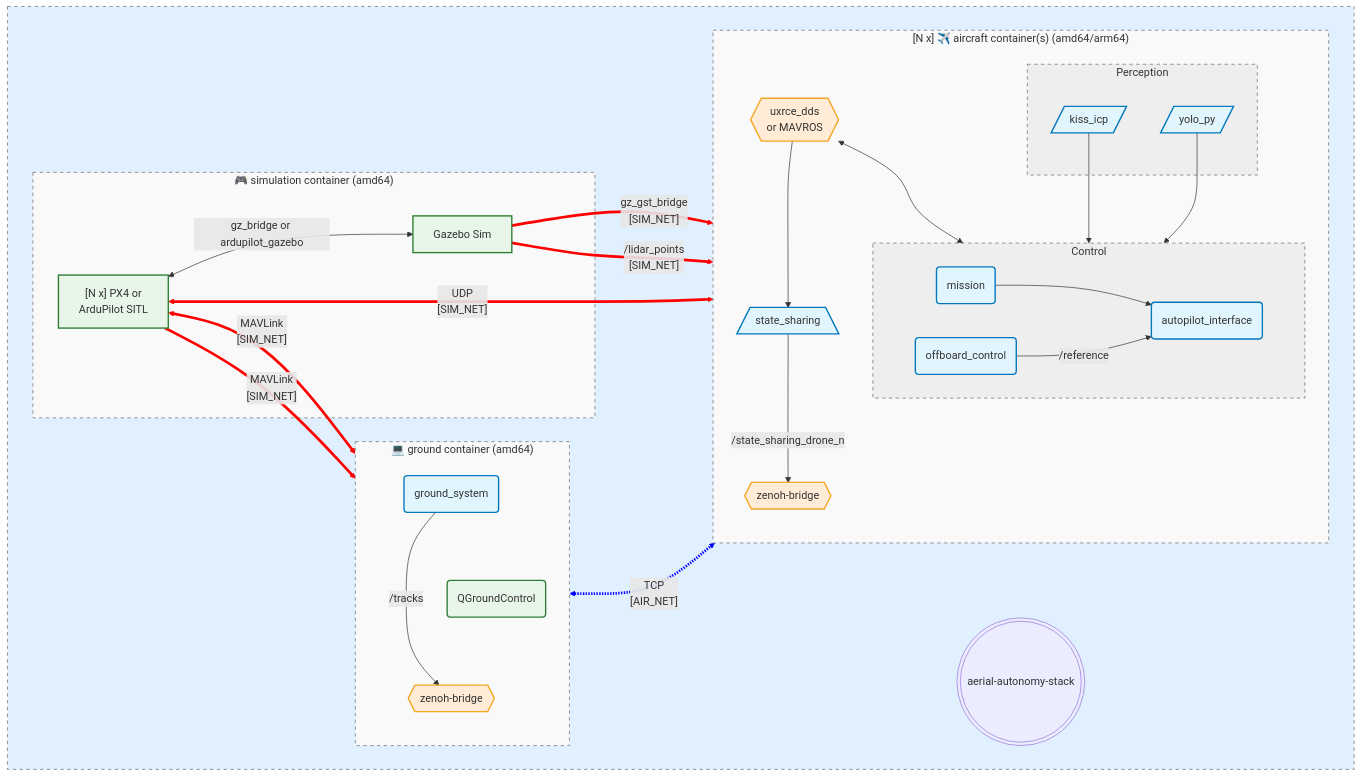
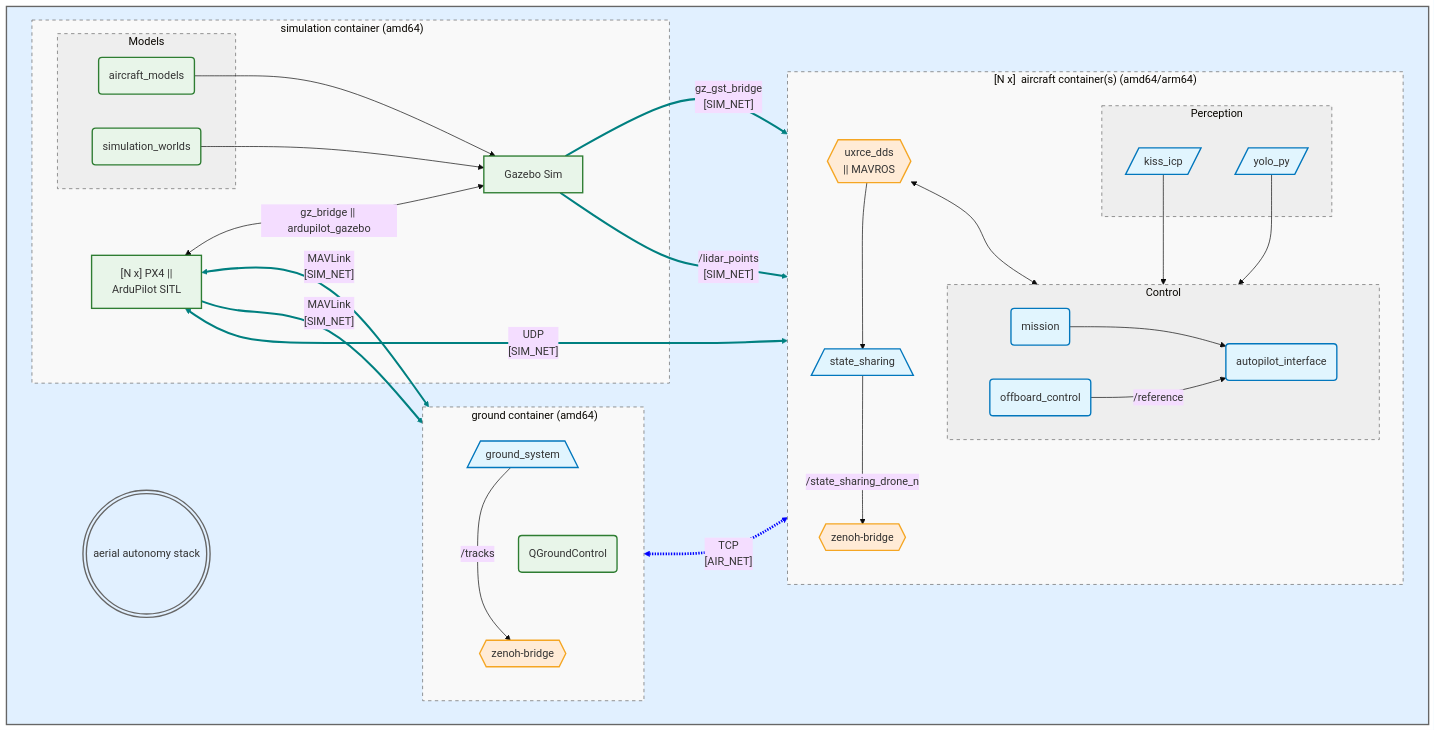
The diagram in README.md (petayyyy/aerial-autonomy-stack), drawn with Mermaid before and after one commit. The commit also changed 1 other file, not shown here.

Commit message:
updated diagram

````diff
--- a/README.md
+++ b/README.md
@@ -34,82 +34,82 @@
 ```mermaid
+%%{init: {'theme': 'base', 'themeVariables': { 'fontFamily': 'monospace'}}}%%
 flowchart LR
     classDef bridge fill:#ffebd6,stroke:#f5a623,stroke-width:2px;
     classDef algo fill:#e1f5fe,stroke:#0277bd,stroke-width:2px;
     classDef resource fill:#e8f5e9,stroke:#2e7d32,stroke-width:2px;
 
     subgraph aas [" "]
         direction LR
 
-        repor(((aerial-autonomy-stack)))
-
-        subgraph air ["[N#nbsp;x]#nbsp;✈️#nbsp;aircraft#nbsp;container(s)#nbsp;(amd64/arm64)"]
-            direction TB
-            
+        subgraph air ["[N#nbsp;x]#nbsp;#nbsp;aircraft#nbsp;container(s)#nbsp;(amd64/arm64)"]
+            direction TB 
             zenoh_air{{zenoh-bridge}}:::bridge
-            ap_link{{"uxrce_dds <br/> or MAVROS"}}:::bridge
-            
+            ap_link{{"uxrce_dds <br/> || MAVROS"}}:::bridge
+            state_sharing[/state_sharing\]:::algo
             subgraph control [Control]
                 direction LR
                 offboard_control(offboard_control):::algo
                 autopilot_interface(autopilot_interface):::algo
                 mission(mission):::algo
             end
-
             subgraph perception [Perception]
                 yolo_py[/yolo_py/]:::algo
                 kiss_icp[/kiss_icp/]:::algo
             end
-            
-            state_sharing[/state_sharing\]:::algo
 
             mission --> autopilot_interface
             yolo_py --> offboard_control
             kiss_icp --> offboard_control
             offboard_control -- /reference --> autopilot_interface
             ap_link <--> autopilot_interface
             ap_link --> state_sharing
             state_sharing -- /state_sharing_drone_n --> zenoh_air
         end
 
-        subgraph gnd ["💻#nbsp;ground#nbsp;container#nbsp;(amd64)"]
+        subgraph gnd ["#nbsp;ground#nbsp;container#nbsp;(amd64)"]
             direction TB
-
-            ground_system(ground_system):::algo
+            ground_system[/ground_system\]:::algo
             qgc(QGroundControl):::resource
             zenoh_gnd{{zenoh-bridge}}:::bridge
 
             ground_system -- /tracks --> zenoh_gnd
             ground_system ~~~ qgc
             qgc ~~~ zenoh_gnd   
         end
 
-        subgraph sim ["🎮#nbsp;simulation#nbsp;container#nbsp;(amd64)"]
-            sitl["[N x] PX4 or <br/> ArduPilot SITL"]:::resource
+        subgraph sim ["#nbsp;simulation#nbsp;container#nbsp;(amd64)"]
+            sitl["[N x] PX4 || <br/> ArduPilot SITL"]:::resource
             gz[Gazebo Sim]:::resource
+            subgraph models [Models]
+                drones(aircraft_models):::resource
+                worlds(simulation_worlds):::resource
+            end
             
-            sitl <--> |"gz_bridge or ardupilot_gazebo"| gz
+            sitl <--> |"gz_bridge || ardupilot_gazebo"| gz
+            drones --> |" "| gz
+            worlds --> |" "| gz
         end
 
+        repo(((aerial#nbsp;autonomy#nbsp;stack)))
     end
 
+    repo ~~~ gz
     gz --> |"gz_gst_bridge <br/> [SIM_NET]"| yolo_py
     gz --> |"/lidar_points <br/> [SIM_NET]"| kiss_icp
-    
     sitl <--> |"UDP <br/> [SIM_NET]"| ap_link
-
     sitl <--> |"MAVLink <br/> [SIM_NET]"| qgc 
     sitl --> |"MAVLink <br/> [SIM_NET]"| ground_system
-
     zenoh_gnd <-.-> |"TCP <br/> [AIR_NET]"| zenoh_air
 
-    style aas fill:#e1f0ff,stroke:#666,stroke-width:1px,stroke-dasharray: 5 5
+    style aas fill:#e1f0ff,stroke:#666,stroke-width:2px
+    style repo fill:#e1f0ff,stroke:#666,stroke-width:2px
     style air fill:#f9f9f9,stroke:#666,stroke-width:1px,stroke-dasharray: 5 5
     style gnd fill:#f9f9f9,stroke:#666,stroke-width:1px,stroke-dasharray: 5 5
     style sim fill:#f9f9f9,stroke:#666,stroke-width:1px,stroke-dasharray: 5 5
-
     style perception fill:#eeeeee,stroke:#666,stroke-width:1px,stroke-dasharray: 5 5
     style control fill:#eeeeee,stroke:#666,stroke-width:1px,stroke-dasharray: 5 5
+    style models fill:#eeeeee,stroke:#666,stroke-width:1px,stroke-dasharray: 5 5
 
-    linkStyle 16 stroke:blue,stroke-width:4px;
-    linkStyle 11,12,13,14,15 stroke:red,stroke-width:4px;
+    linkStyle 14,15,16,17,18 stroke:teal,stroke-width:3px;
+    linkStyle 19 stroke:blue,stroke-width:4px;
 ```
````
